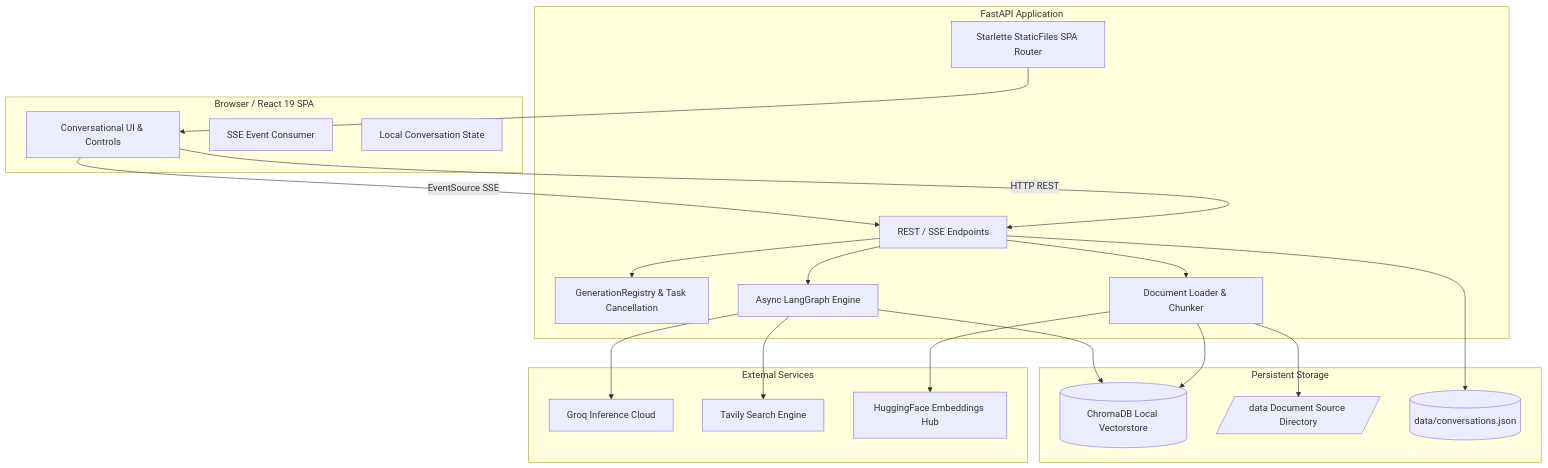
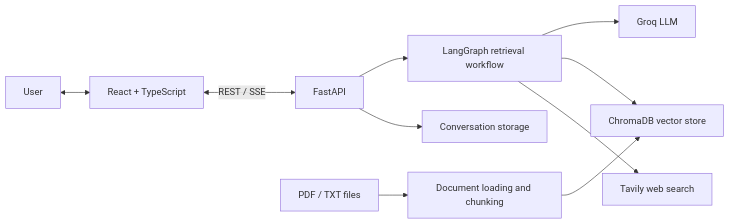
The diagram in README.md (faaizhamid07/Knowra-RAG-Chatbot-with-Dynamic-Retrieval), drawn with Mermaid before and after one commit. The commit also changed other lines of this file, not shown here.

````diff
--- a/README.md
+++ b/README.md
@@ -114,42 +60,12 @@
 ```mermaid
-graph TB
-    subgraph Client [Browser / React 19 SPA]
-        UI[Conversational UI & Controls]
-        SSEClient[SSE Event Consumer]
-        Store[Local Conversation State]
-    end
-
-    subgraph Backend [FastAPI Application]
-        RouterAPI[REST / SSE Endpoints]
-        StaticServer[Starlette StaticFiles SPA Router]
-        GenRegistry[GenerationRegistry & Task Cancellation]
-        ChatGraph[Async LangGraph Engine]
-        DocPipeline[Document Loader & Chunker]
-    end
-
-    subgraph Storage [Persistent Storage]
-        ChromaStore[(ChromaDB Local Vectorstore)]
-        DataDir[/data Document Source Directory/]
-        JSONStore[(data/conversations.json)]
-    end
-
-    subgraph External [External Services]
-        GroqAPI[Groq Inference Cloud]
-        TavilyAPI[Tavily Search Engine]
-        HFModels[HuggingFace Embeddings Hub]
-    end
-
-    UI -->|HTTP REST| RouterAPI
-    UI -->|EventSource SSE| RouterAPI
-    RouterAPI --> GenRegistry
-    RouterAPI --> ChatGraph
-    RouterAPI --> DocPipeline
-    DocPipeline --> DataDir
-    DocPipeline --> ChromaStore
-    ChatGraph --> ChromaStore
-    ChatGraph --> GroqAPI
-    ChatGraph --> TavilyAPI
-    DocPipeline --> HFModels
-    RouterAPI --> JSONStore
-    StaticServer --> UI
+flowchart LR
+    U[User] <--> UI[React + TypeScript]
+    UI <-->|REST / SSE| API[FastAPI]
+    API --> G[LangGraph retrieval workflow]
+    G --> L[Groq LLM]
+    G --> V[ChromaDB vector store]
+    G --> W[Tavily web search]
+    D[PDF / TXT files] --> I[Document loading and chunking]
+    I --> V
+    API --> C[Conversation storage]
 ```
````
